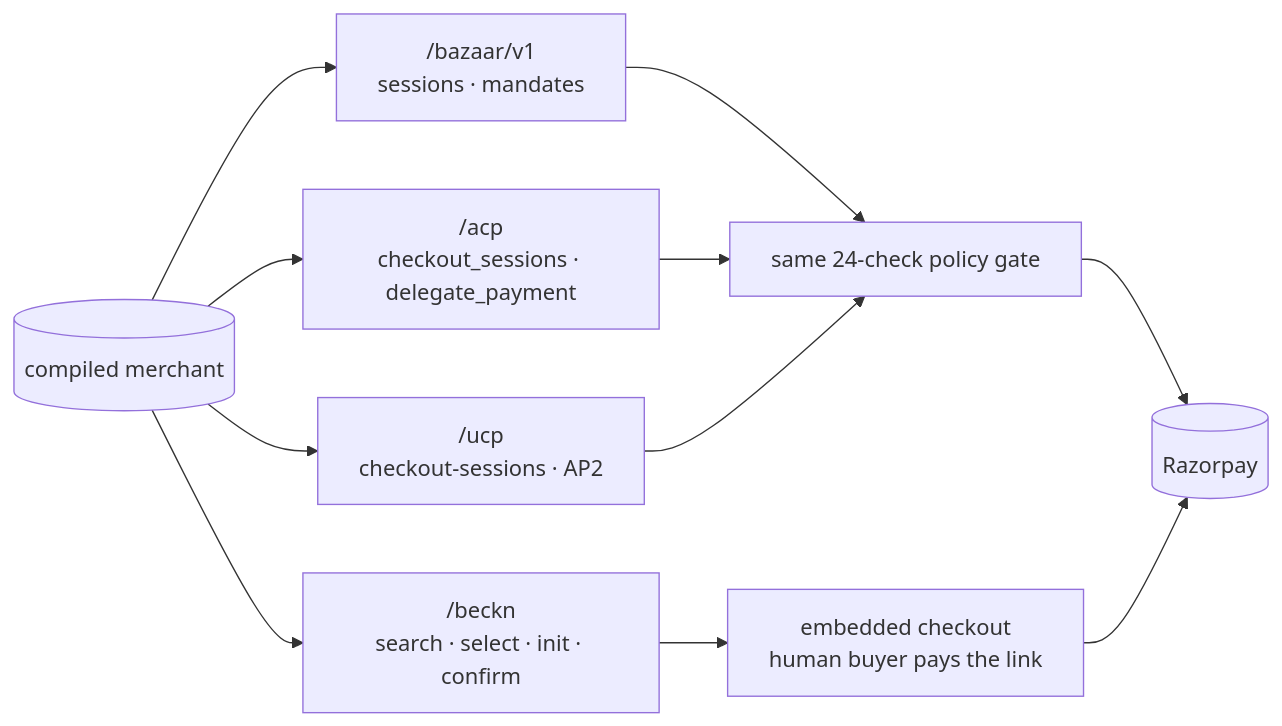
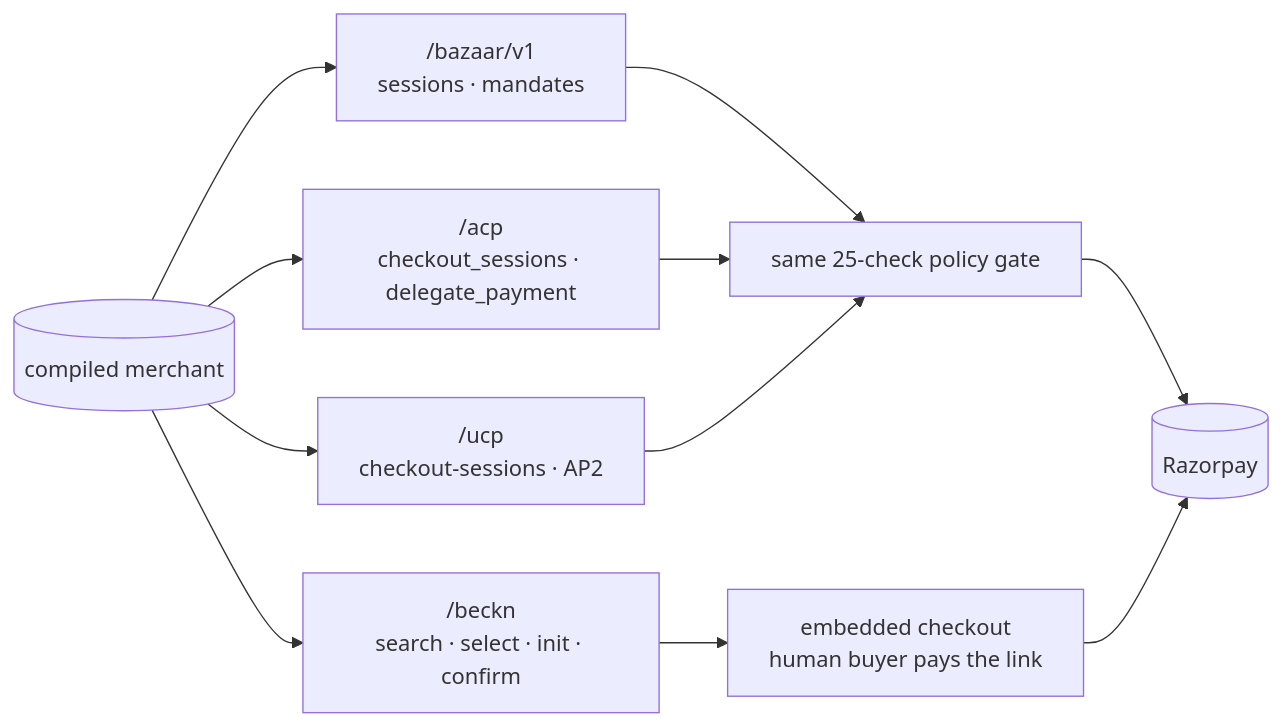
Before and after one commit to abhay-codes07/bazaar: the fifth of 5 diagrams in README.md, drawn with Mermaid. The commit also changed other lines of this file and 28 other files, not shown here.

````diff
--- a/README.md
+++ b/README.md
@@ -126,11 +126,11 @@
 ```mermaid
 flowchart LR
   M[(compiled merchant)]
   M --> A["/bazaar/v1<br/>sessions · mandates"]
   M --> B["/acp<br/>checkout_sessions · delegate_payment"]
   M --> C["/ucp<br/>checkout-sessions · AP2"]
   M --> D["/beckn<br/>search · select · init · confirm"]
-  A & B & C --> P[same 24-check policy gate]
+  A & B & C --> P[same 25-check policy gate]
   D --> E[embedded checkout<br/>human buyer pays the link]
   P & E --> R[(Razorpay)]
 ```
````
